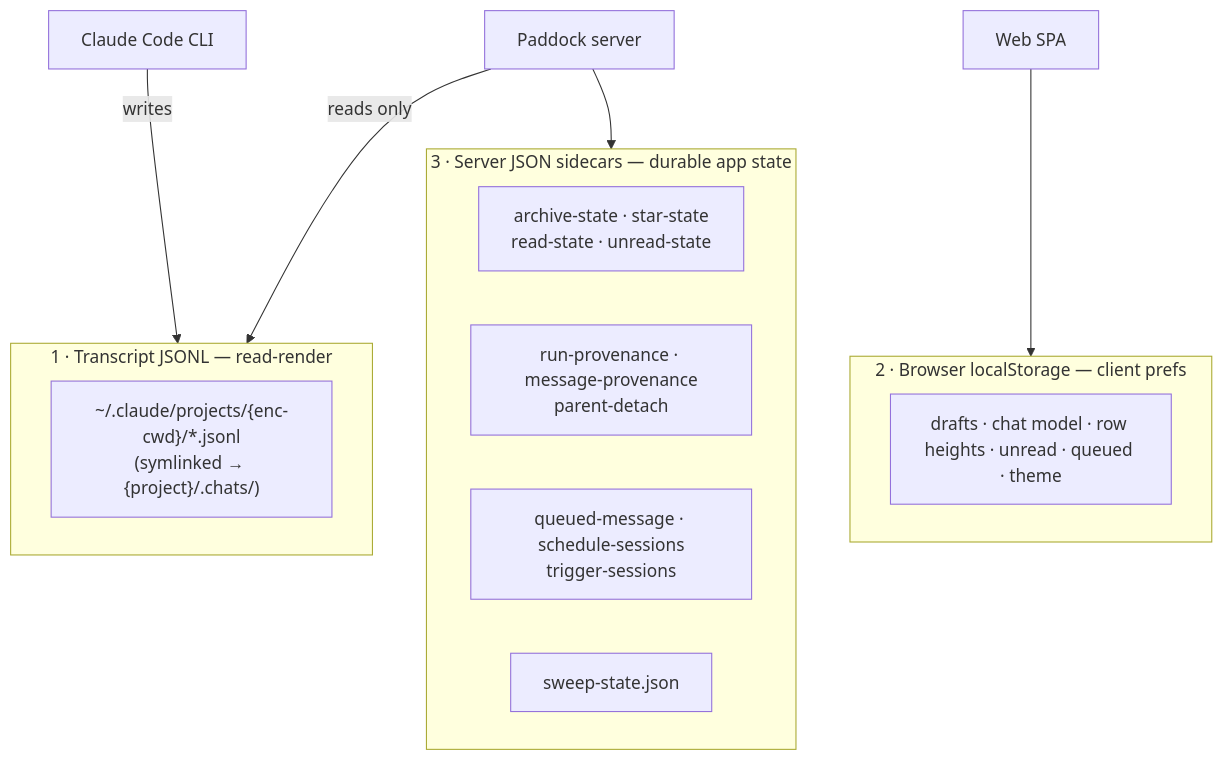
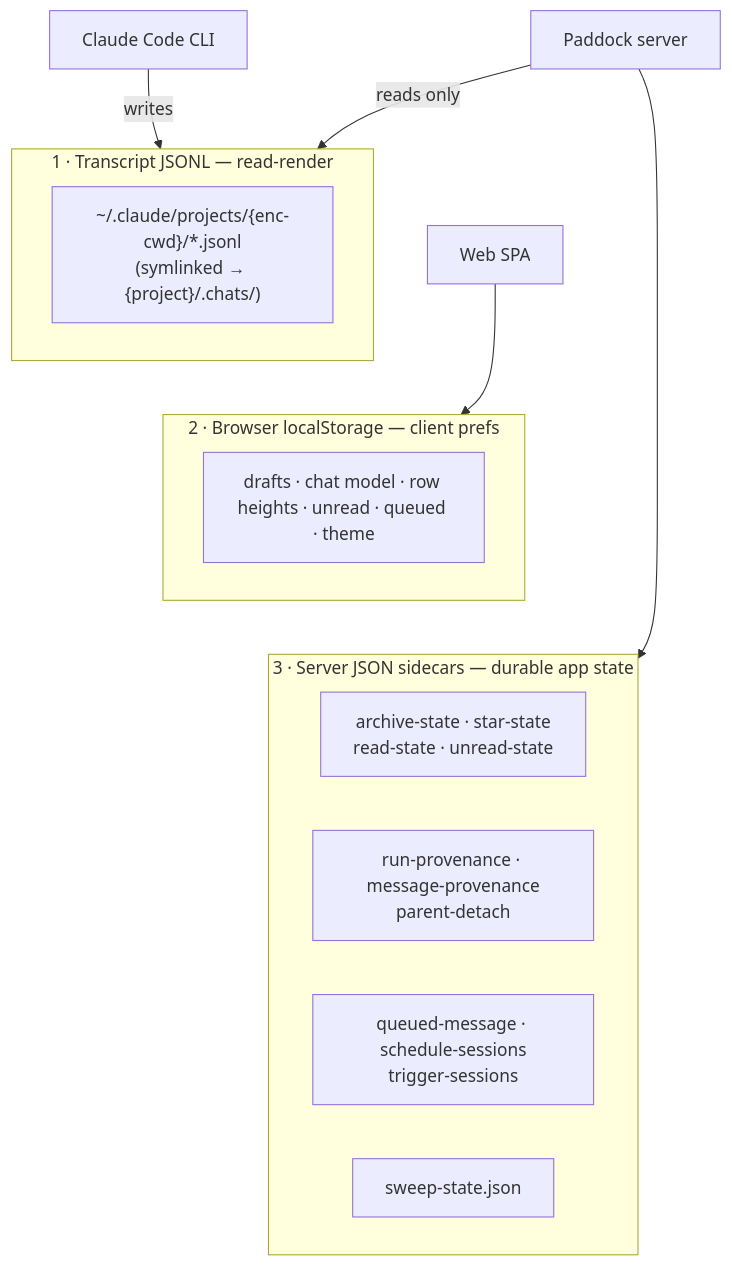
One commit to edspencer/paddock changed the second of 3 diagrams in website/src/content/docs/architecture/overview.md. Above: the diagram before and after it, drawn with Mermaid. The commit also changed other lines of this file and 5 other files, not shown here.

First line of the commit message:
fix(website): stop Mermaid diagrams rendering at 3px

````diff
--- a/website/src/content/docs/architecture/overview.md
+++ b/website/src/content/docs/architecture/overview.md
@@ -134,19 +137,24 @@
 ```mermaid
 flowchart TB
   subgraph C1["1 · Transcript JSONL — read-render"]
     T["~/.claude/projects/{enc-cwd}/*.jsonl\n(symlinked → {project}/.chats/)"]
   end
   subgraph C2["2 · Browser localStorage — client prefs"]
     L["drafts · chat model · row heights · unread · queued · theme"]
   end
   subgraph C3["3 · Server JSON sidecars — durable app state"]
     A["archive-state · star-state\nread-state · unread-state"]
     R["run-provenance · message-provenance\nparent-detach"]
     Q["queued-message · schedule-sessions\ntrigger-sessions"]
     S["sweep-state.json"]
   end
   Claude["Claude Code CLI"] -->|writes| C1
   Paddock["Paddock server"] -->|reads only| C1
   Web["Web SPA"] --> C2
   Paddock --> C3
+  %% The three classes are unconnected, so mermaid ranks them SIDE BY SIDE (1123px
+  %% wide, scaled 1.7x down). `~~~` is an invisible link: it forces a vertical
+  %% stack without drawing an edge, bringing this to 673px — 1:1 in the column.
+  C1 ~~~ C2
+  C2 ~~~ C3
 ```
````
